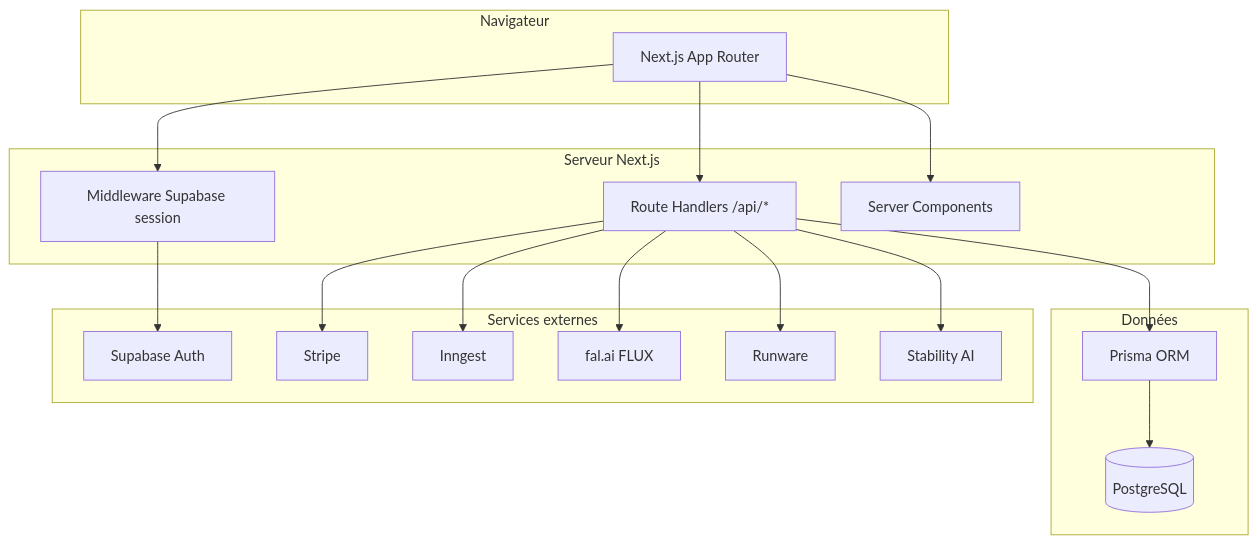
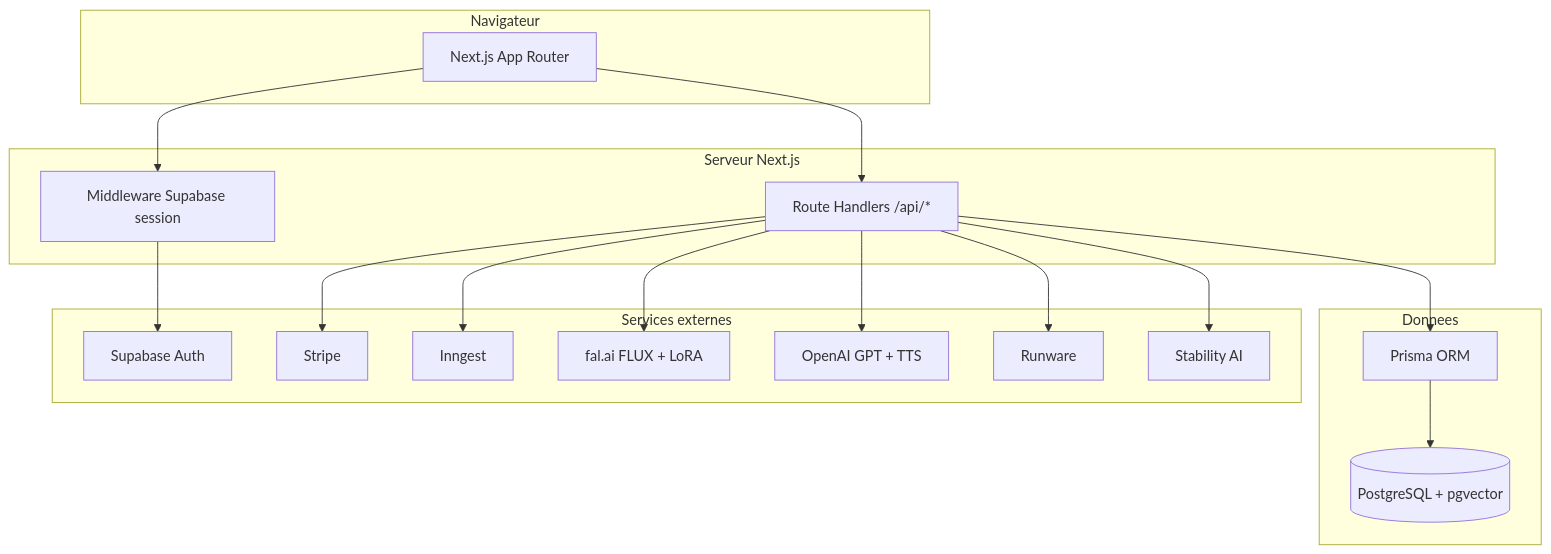
One commit to Putsch13/mymanga changed the first of 2 diagrams in README.md. Above: the diagram before and after it, drawn with Mermaid. The commit also changed other lines of this file and 7 other files, not shown here.

````diff
--- a/README.md
+++ b/README.md
@@ -54,34 +55,34 @@
 ```mermaid
 flowchart TB
   subgraph client [Navigateur]
     NextUI[Next.js App Router]
   end
   subgraph edge [Serveur Next.js]
     API[Route Handlers /api/*]
     MW[Middleware Supabase session]
-    RSC[Server Components]
   end
-  subgraph data [Données]
-    PG[(PostgreSQL)]
+  subgraph data [Donnees]
+    PG[(PostgreSQL + pgvector)]
     Prisma[Prisma ORM]
   end
   subgraph external [Services externes]
     SB[Supabase Auth]
     ST[Stripe]
     ING[Inngest]
-    FAL[fal.ai FLUX]
+    FAL[fal.ai FLUX + LoRA]
+    OAI[OpenAI GPT + TTS]
     RW[Runware]
     STAB[Stability AI]
   end
   NextUI --> MW
-  NextUI --> RSC
   NextUI --> API
   MW --> SB
   API --> Prisma
   Prisma --> PG
   API --> ST
   API --> ING
   API --> FAL
+  API --> OAI
   API --> RW
   API --> STAB
 ```
````
